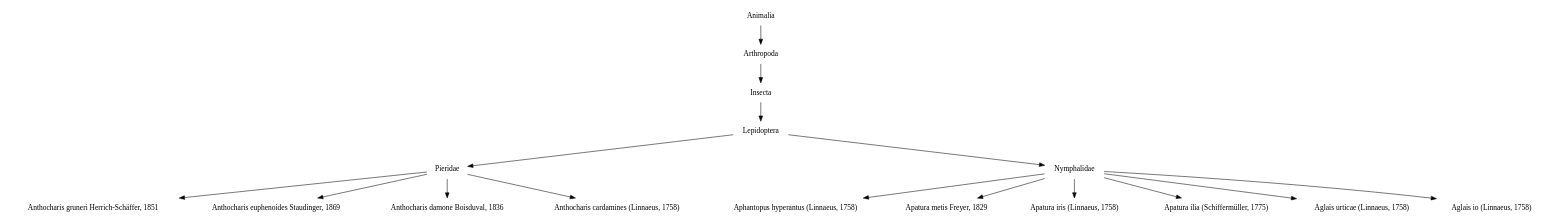
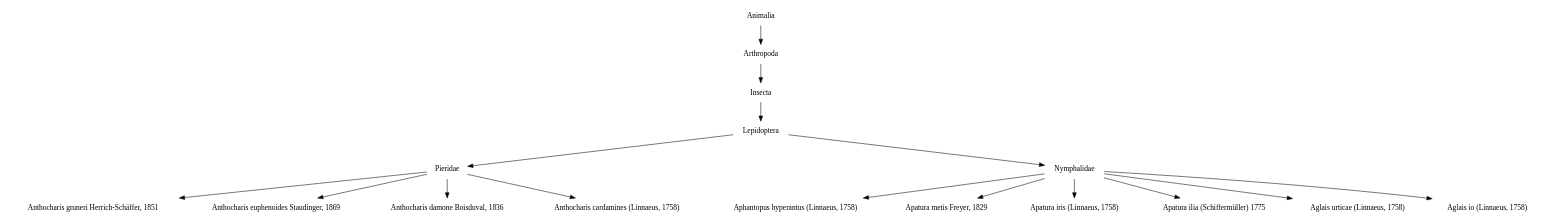
One commit to CatalogueOfLife/backend changed the diagram in colplus-admin/graphs/tree14.dot. Above: the diagram before and after it, drawn with Graphviz. The commit also changed 46 other files, not shown here.

```diff
--- a/colplus-admin/graphs/tree14.dot
+++ b/colplus-admin/graphs/tree14.dot
@@ -1,35 +1,35 @@
 digraph G {
   node [shape=plaintext]
 
   n10  [label="Animalia"]
   n10 -> n11
   n11  [label="Arthropoda"]
   n11 -> n12
   n12  [label="Insecta"]
   n12 -> n13
   n13  [label="Lepidoptera"]
   n13 -> n15
   n13 -> n14
   n14  [label="Nymphalidae"]
   n14 -> n9
   n14 -> n8
   n14 -> n7
   n14 -> n6
   n14 -> n1
   n14 -> n0
   n0  [label="Aglais io (Linnaeus, 1758) "]
   n1  [label="Aglais urticae (Linnaeus, 1758) "]
-  n6  [label="Apatura ilia (Schiffermüller, 1775) "]
+  n6  [label="Apatura ilia (Schiffermüller) 1775"]
   n7  [label="Apatura iris (Linnaeus, 1758) "]
   n8  [label="Apatura metis Freyer, 1829"]
   n9  [label="Aphantopus hyperantus (Linnaeus, 1758) "]
   n15  [label="Pieridae"]
   n15 -> n5
   n15 -> n4
   n15 -> n3
   n15 -> n2
   n2  [label="Anthocharis cardamines (Linnaeus, 1758) "]
   n3  [label="Anthocharis damone Boisduval, 1836"]
   n4  [label="Anthocharis euphenoides Staudinger, 1869"]
   n5  [label="Anthocharis gruneri Herrich-Schäffer, 1851"]
 }
```
